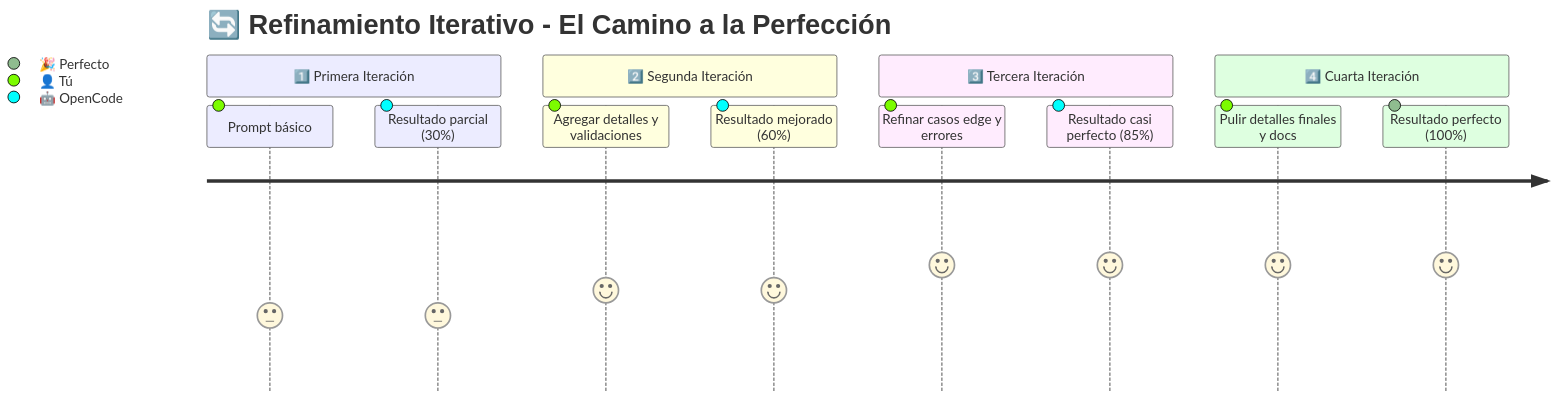
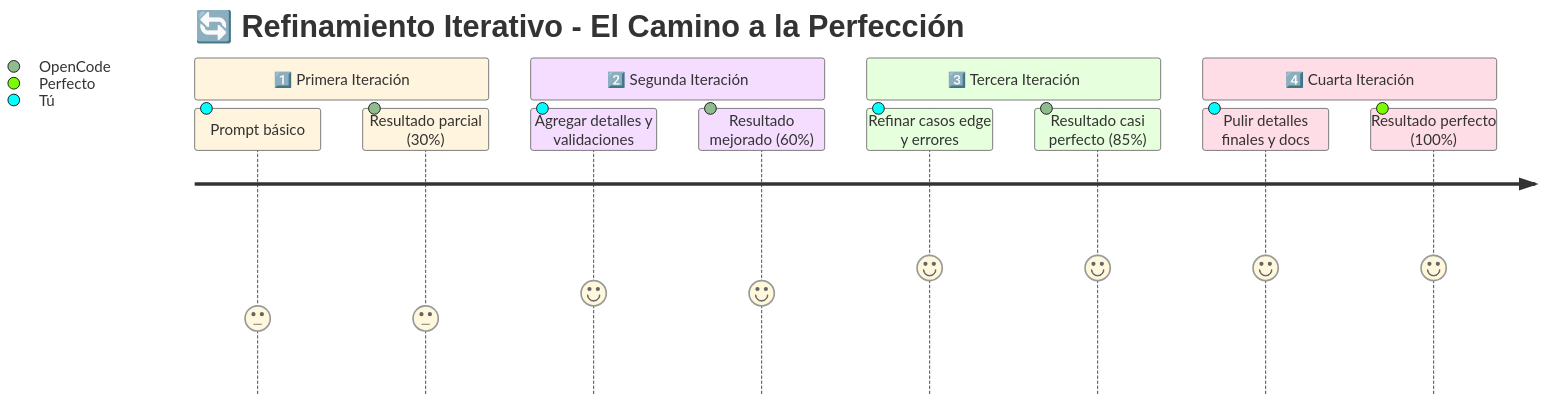
One commit to Ai-Whisperers/Courses-Content changed the tenth of 18 diagrams in courses/🟡-development/FPUNA-2026/00-FUNDAMENTOS-PRINCIPALES/03-ingenieria-prompts.md. Above: the diagram before and after it, drawn with Mermaid. The commit also changed other lines of this file and 47 other files, not shown here.

First line of the commit message:
fix: Make all 473 diagrams WCAG AAA accessible (FPUNA-2026)

````diff
--- a/courses/🟡-development/FPUNA-2026/00-FUNDAMENTOS-PRINCIPALES/03-ingenieria-prompts.md
+++ b/courses/🟡-development/FPUNA-2026/00-FUNDAMENTOS-PRINCIPALES/03-ingenieria-prompts.md
@@ -598,16 +607,17 @@
 ```mermaid
+%%{init: {'theme':'base', 'themeVariables': {'fontSize':'18px'}}}%%
 journey
     title 🔄 Refinamiento Iterativo - El Camino a la Perfección
     section 1️⃣ Primera Iteración
-      Prompt básico: 3: 👤 Tú
-      Resultado parcial (30%): 3: 🤖 OpenCode
+      Prompt básico: 3: Tú
+      Resultado parcial (30%): 3: OpenCode
     section 2️⃣ Segunda Iteración
-      Agregar detalles y validaciones: 4: 👤 Tú
-      Resultado mejorado (60%): 4: 🤖 OpenCode
+      Agregar detalles y validaciones: 4: Tú
+      Resultado mejorado (60%): 4: OpenCode
     section 3️⃣ Tercera Iteración
-      Refinar casos edge y errores: 5: 👤 Tú
-      Resultado casi perfecto (85%): 5: 🤖 OpenCode
+      Refinar casos edge y errores: 5: Tú
+      Resultado casi perfecto (85%): 5: OpenCode
     section 4️⃣ Cuarta Iteración
-      Pulir detalles finales y docs: 5: 👤 Tú
-      Resultado perfecto (100%): 5: 🎉 Perfecto
+      Pulir detalles finales y docs: 5: Tú
+      Resultado perfecto (100%): 5: Perfecto
 ```
````
